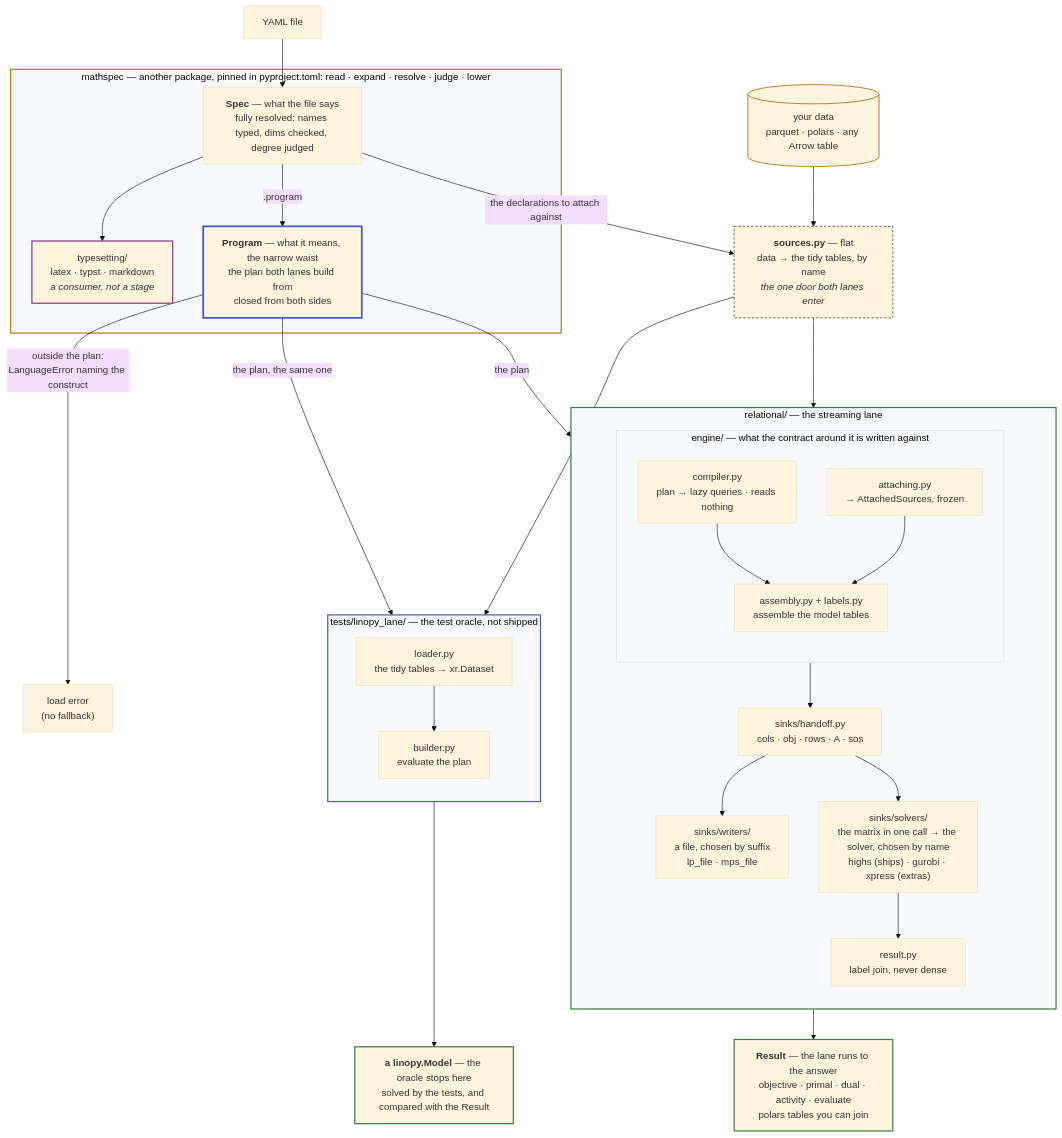
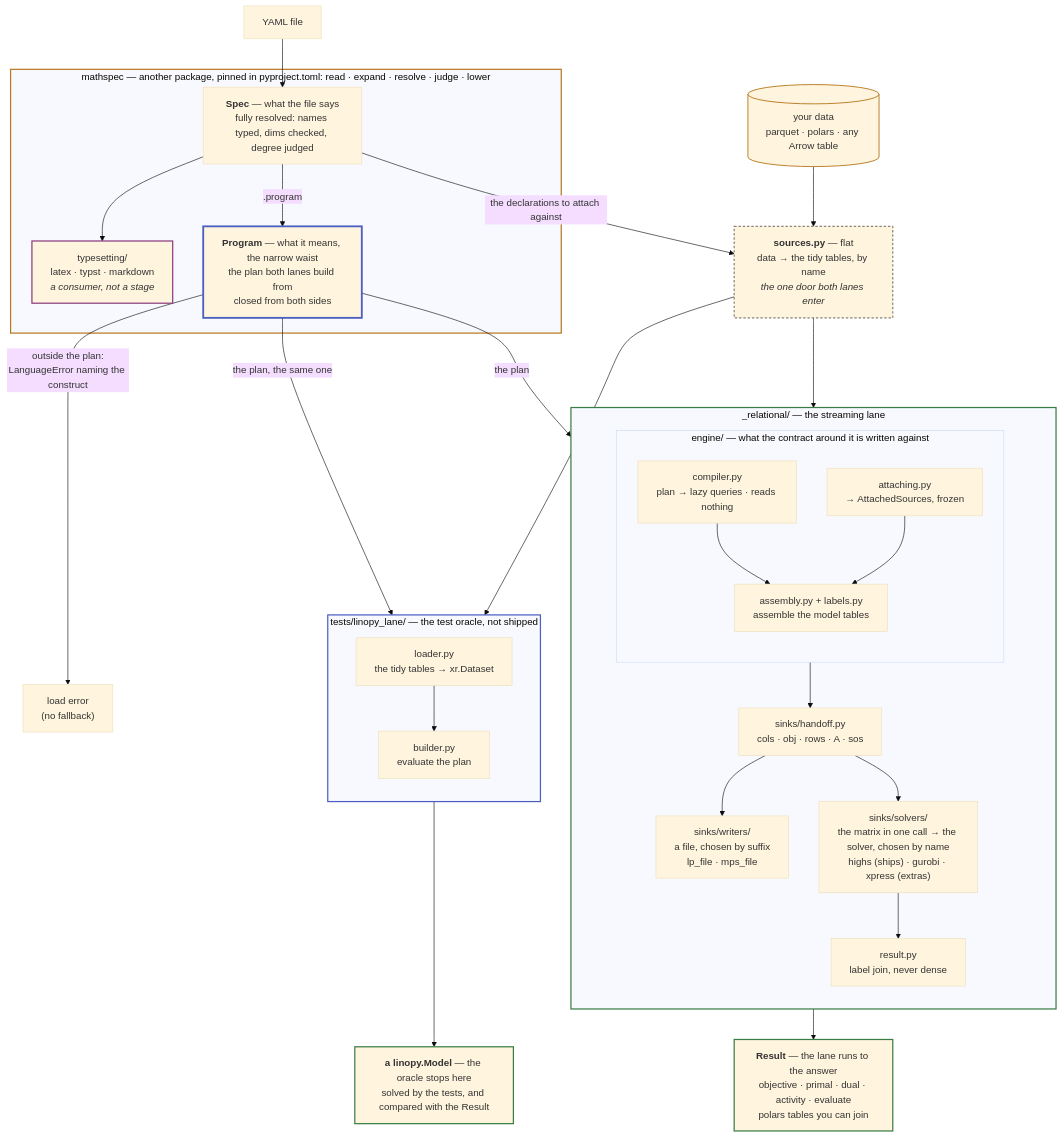
One commit to fluxopt/specsolve changed the diagram in docs/development/architecture.md. Above: the diagram before and after it, drawn with Mermaid (base theme). The commit also changed other lines of this file and 151 other files, not shown here.

````diff
--- a/docs/development/architecture.md
+++ b/docs/development/architecture.md
@@ -18,59 +18,59 @@
 ```mermaid
 flowchart TB
     Y[YAML file] --> SPEC
     DATA[("your data<br/>parquet · polars · any Arrow table")] --> SRC
 
     subgraph MS["mathspec — another package, pinned in pyproject.toml: read · expand · resolve · judge · lower"]
         SPEC["<b>Spec</b> — what the file says<br/>fully resolved: names typed, dims checked, degree judged"]
         SPEC --> TS["typesetting/<br/>latex · typst · markdown<br/><i>a consumer, not a stage</i>"]
         SPEC -->|".program"| PLAN["<b>Program</b> — what it means, the narrow waist<br/>the plan both lanes build from<br/>closed from both sides"]
     end
 
     SPEC -->|"the declarations to attach against"| SRC
     SRC["<b>sources.py</b> — flat<br/>data → the tidy tables, by name<br/><i>the one door both lanes enter</i>"]
 
     PLAN -->|"outside the plan:<br/>LanguageError naming the construct"| ERR["load error<br/>(no fallback)"]
     PLAN -->|"the plan"| COMP
     SRC --> ATTACH
     PLAN -->|"the plan, the same one"| BUILD
     SRC --> LOAD
 
-    subgraph REL["relational/ — the streaming lane"]
+    subgraph REL["_relational/ — the streaming lane"]
         direction TB
         subgraph ENG["engine/ — what the contract around it is written against"]
             direction TB
             COMP["compiler.py<br/>plan → lazy queries · reads nothing"] --> ENGINE
             ATTACH["attaching.py<br/>→ AttachedSources, frozen"] --> ENGINE["assembly.py + labels.py<br/>assemble the model tables"]
         end
         ENG --> TABLES["sinks/handoff.py<br/>cols · obj · rows · A · sos"]
         TABLES --> LPS["sinks/writers/<br/>a file, chosen by suffix<br/>lp_file · mps_file"]
         TABLES --> DIRECT["sinks/solvers/<br/>the matrix in one call → the solver, chosen by name<br/>highs (ships) · gurobi · xpress (extras)"]
         DIRECT --> SOL["result.py<br/>label join, never dense"]
     end
 
     SOL --> ANS["<b>Result</b> — the lane runs to the answer<br/>objective · primal · dual · activity · evaluate<br/>polars tables you can join"]
 
     subgraph LIN["tests/linopy_lane/ — the test oracle, not shipped"]
         direction TB
         LOAD["loader.py<br/>the tidy tables → xr.Dataset"] --> BUILD["builder.py<br/>evaluate the plan"]
     end
 
     BUILD --> MODEL["<b>a linopy.Model</b> — the oracle stops here<br/>solved by the tests, and compared with the Result"]
 
     classDef laneL stroke:#b7791f,stroke-width:2px
     classDef laneR stroke:#3a7d44,stroke-width:2px
     classDef laneE stroke:#4a5fc1,stroke-width:2px
     classDef laneT stroke:#8b3a7d,stroke-width:2px
     classDef waist stroke:#4a5fc1,stroke-width:3px
     classDef flat stroke:#8a8578,stroke-width:2px,stroke-dasharray:4 3
     classDef data stroke:#b7791f,stroke-width:1.5px
     classDef out stroke:#3a7d44,stroke-width:2px
     class MS laneL
     class REL laneR
     class LIN laneE
     class TS laneT
     class PLAN waist
     class SRC flat
     class DATA data
     class ANS,MODEL out
 ```
````
